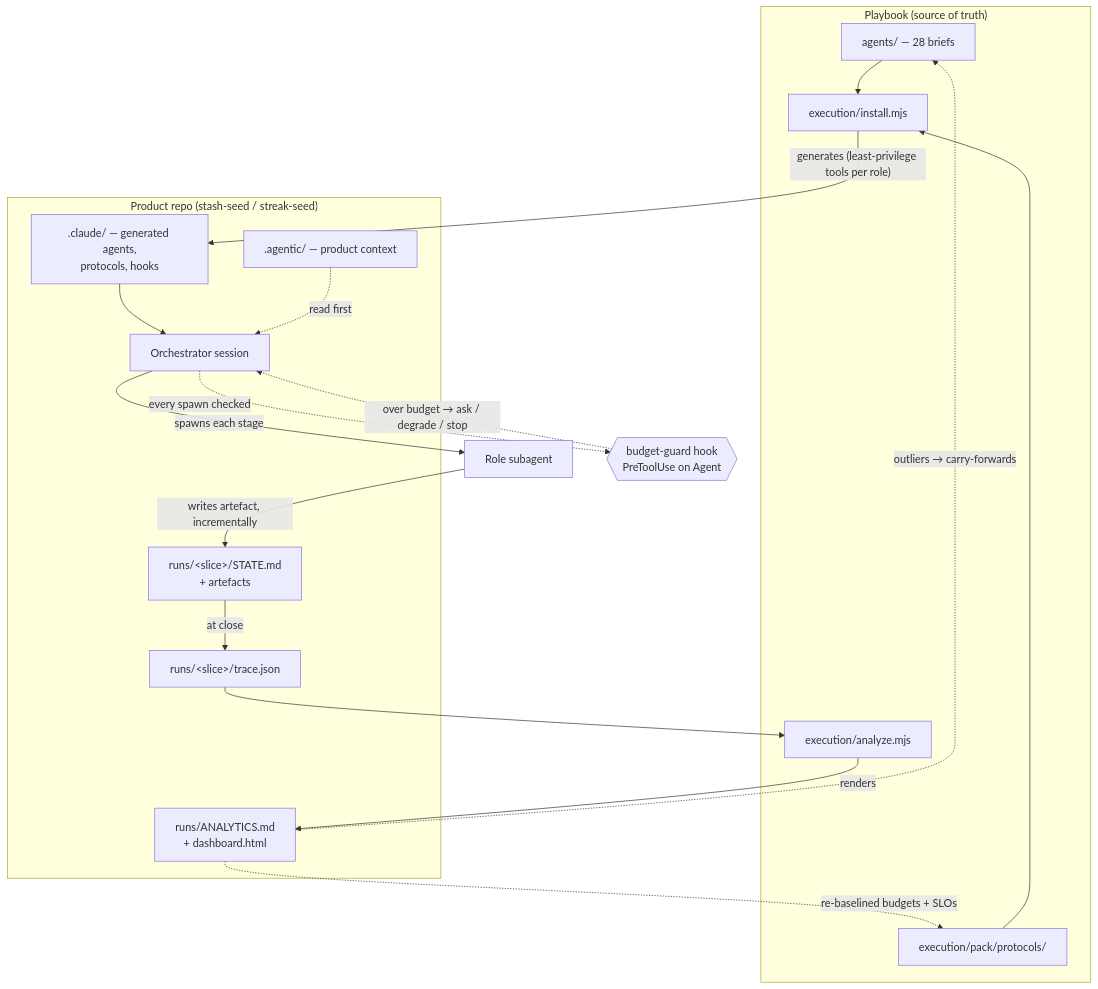
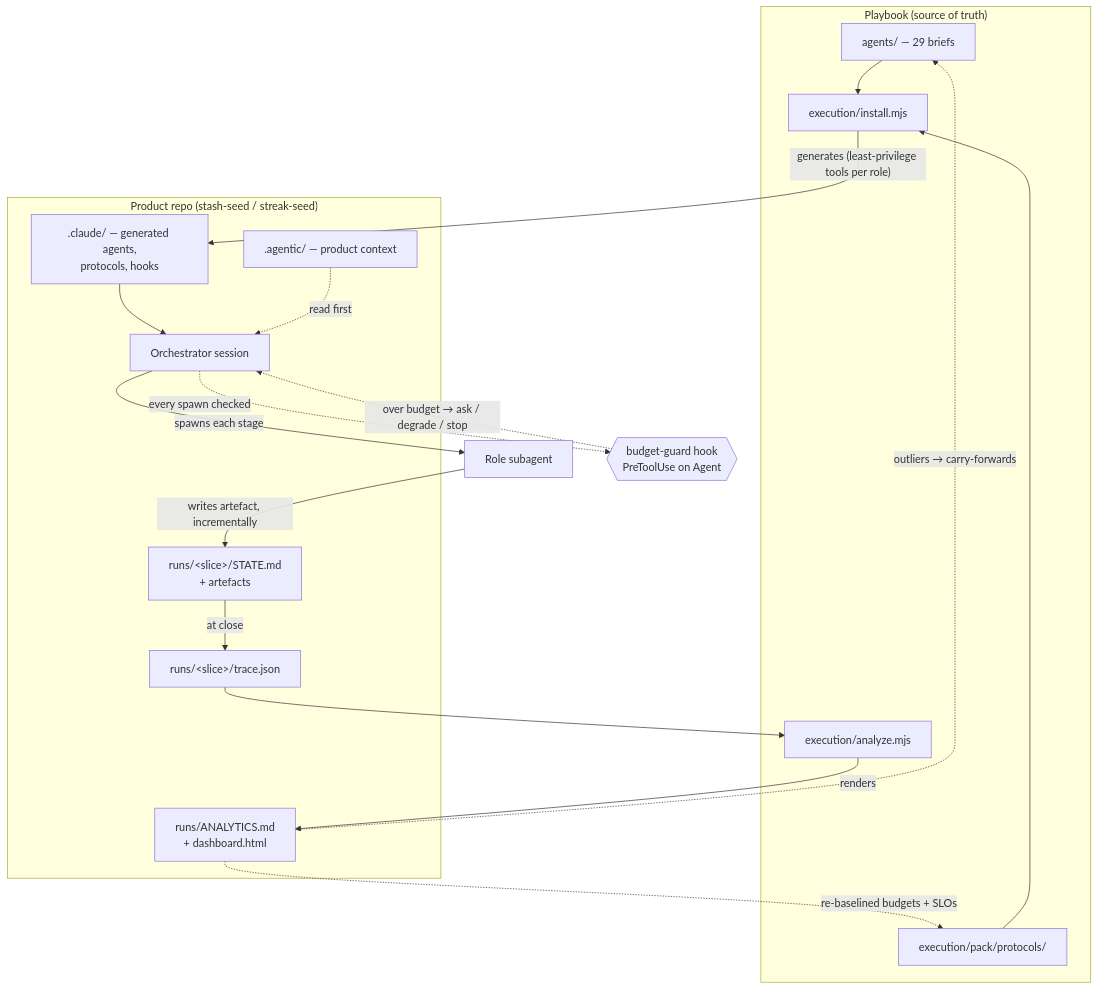
The second of 2 diagrams in docs/ARCHITECTURE.md (gpatwa/agentic-sdlc-playbook), drawn with Mermaid before and after one commit. The commit also changed other lines of this file and 4 other files, not shown here.

Commit message:
Docs: 29 agent briefs; the Opportunity Scout in the role matrix, architecture and SDLC docs

````diff
--- a/docs/ARCHITECTURE.md
+++ b/docs/ARCHITECTURE.md
@@ -110,34 +112,34 @@
 ```mermaid
 flowchart TB
     subgraph PB["Playbook (source of truth)"]
-        BR["agents/ — 28 briefs"]
+        BR["agents/ — 29 briefs"]
         PR["execution/pack/protocols/"]
         INS["execution/install.mjs"]
         ANA["execution/analyze.mjs"]
     end
 
     subgraph PROD["Product repo (stash-seed / streak-seed)"]
         CL[".claude/ — generated agents,<br/>protocols, hooks"]
         AGC[".agentic/ — product context"]
         ORCH["Orchestrator session"]
         ST["runs/&lt;slice&gt;/STATE.md<br/>+ artefacts"]
         TR["runs/&lt;slice&gt;/trace.json"]
         OUT["runs/ANALYTICS.md<br/>+ dashboard.html"]
     end
 
     BR --> INS
     PR --> INS
     INS -->|"generates (least-privilege tools per role)"| CL
     CL --> ORCH
     AGC -. "read first" .-> ORCH
     ORCH -->|"spawns each stage"| STG["Role subagent"]
     GUARD{{"budget-guard hook<br/>PreToolUse on Agent"}}
     ORCH -. "every spawn checked" .-> GUARD
     GUARD -. "over budget → ask / degrade / stop" .-> ORCH
     STG -->|"writes artefact, incrementally"| ST
     ST -->|"at close"| TR
     TR --> ANA
     ANA -->|"renders"| OUT
     OUT -.->|"outliers → carry-forwards"| BR
     OUT -.->|"re-baselined budgets + SLOs"| PR
 ```
````
